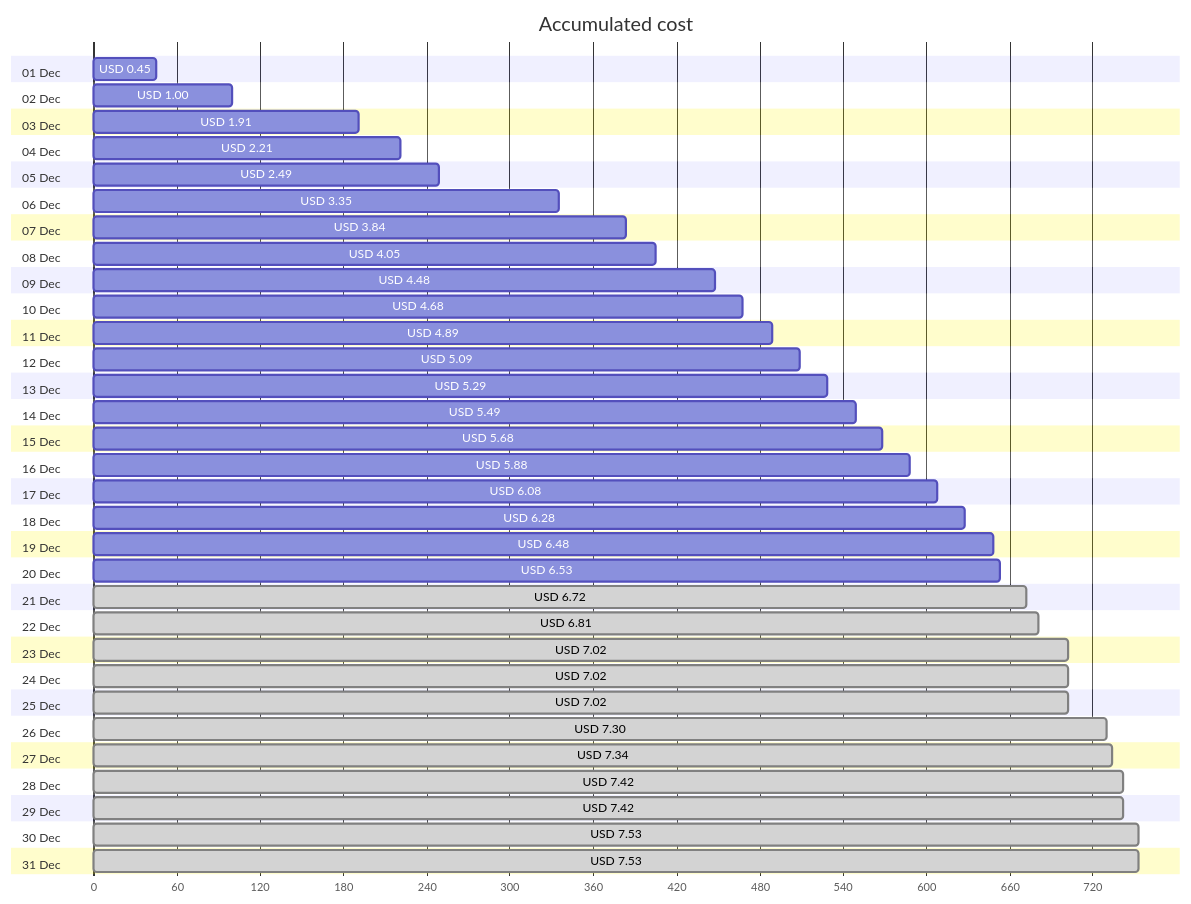
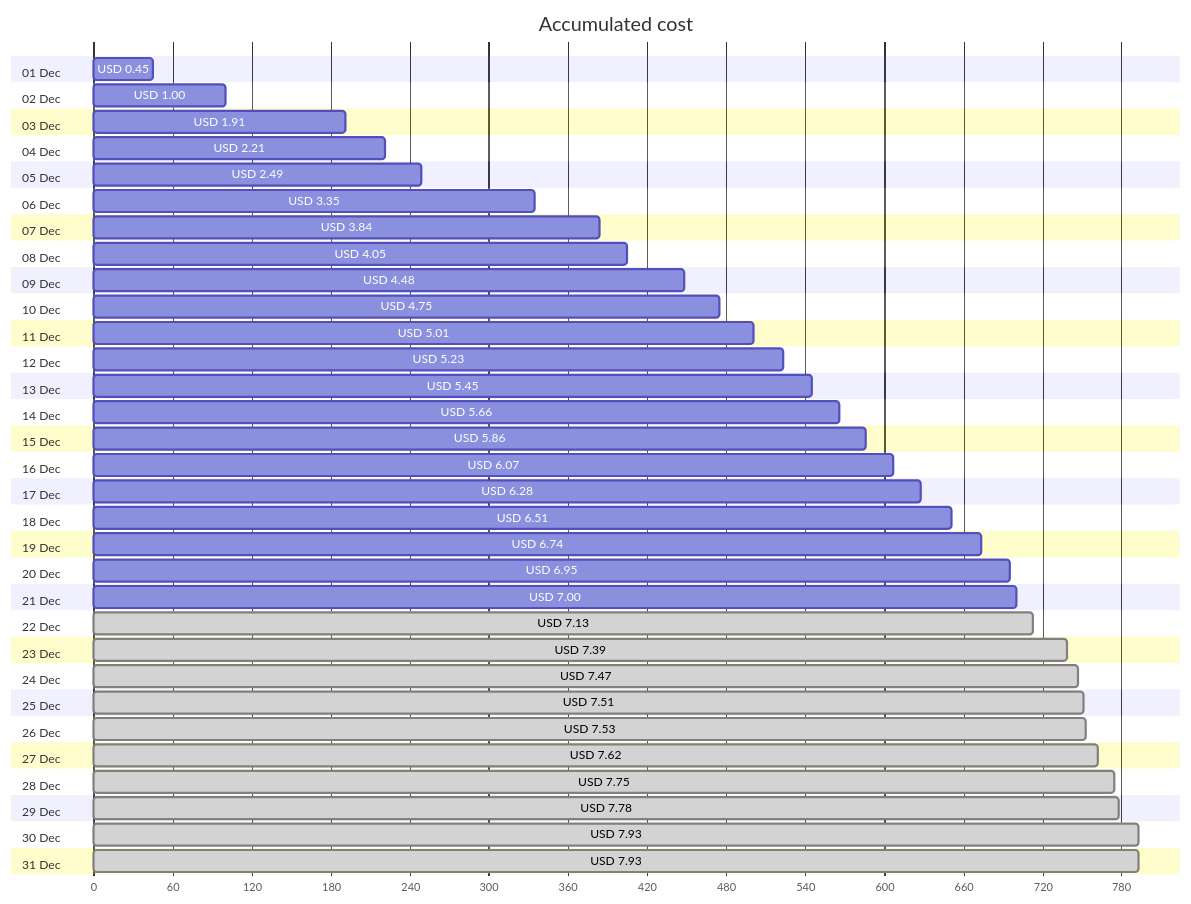
Before and after one commit to jpfulton/azure-personal-reports: the first of 4 diagrams in cost-reports/personal-network/vpn-server.md, drawn with Mermaid. The commit also changed other lines of this file and 8 other files, not shown here.

````diff
--- a/cost-reports/personal-network/vpn-server.md
+++ b/cost-reports/personal-network/vpn-server.md
@@ -20,68 +20,68 @@
 ```mermaid
 gantt
    title Accumulated cost
    dateFormat  X
    axisFormat %s
    section 01 Dec
    USD 0.45 :0, 45
    section 02 Dec
    USD 1.00 :0, 100
    section 03 Dec
    USD 1.91 :0, 191
    section 04 Dec
    USD 2.21 :0, 221
    section 05 Dec
    USD 2.49 :0, 249
    section 06 Dec
    USD 3.35 :0, 335
    section 07 Dec
    USD 3.84 :0, 384
    section 08 Dec
    USD 4.05 :0, 405
    section 09 Dec
    USD 4.48 :0, 448
    section 10 Dec
-   USD 4.68 :0, 468
+   USD 4.75 :0, 475
    section 11 Dec
-   USD 4.89 :0, 489
+   USD 5.01 :0, 501
    section 12 Dec
-   USD 5.09 :0, 509
+   USD 5.23 :0, 523
    section 13 Dec
-   USD 5.29 :0, 529
+   USD 5.45 :0, 545
    section 14 Dec
-   USD 5.49 :0, 549
+   USD 5.66 :0, 566
    section 15 Dec
-   USD 5.68 :0, 568
+   USD 5.86 :0, 586
    section 16 Dec
-   USD 5.88 :0, 588
+   USD 6.07 :0, 607
    section 17 Dec
-   USD 6.08 :0, 608
+   USD 6.28 :0, 628
    section 18 Dec
-   USD 6.28 :0, 628
+   USD 6.51 :0, 651
    section 19 Dec
-   USD 6.48 :0, 648
+   USD 6.74 :0, 674
    section 20 Dec
-   USD 6.53 :0, 653
+   USD 6.95 :0, 695
    section 21 Dec
-   USD 6.72 : done, 0, 672
+   USD 7.00 :0, 700
    section 22 Dec
-   USD 6.81 : done, 0, 681
+   USD 7.13 : done, 0, 713
    section 23 Dec
-   USD 7.02 : done, 0, 702
+   USD 7.39 : done, 0, 739
    section 24 Dec
-   USD 7.02 : done, 0, 702
+   USD 7.47 : done, 0, 747
    section 25 Dec
-   USD 7.02 : done, 0, 702
+   USD 7.51 : done, 0, 751
    section 26 Dec
-   USD 7.30 : done, 0, 730
+   USD 7.53 : done, 0, 753
    section 27 Dec
-   USD 7.34 : done, 0, 734
+   USD 7.62 : done, 0, 762
    section 28 Dec
-   USD 7.42 : done, 0, 742
+   USD 7.75 : done, 0, 775
    section 29 Dec
-   USD 7.42 : done, 0, 742
+   USD 7.78 : done, 0, 778
    section 30 Dec
-   USD 7.53 : done, 0, 753
+   USD 7.93 : done, 0, 793
    section 31 Dec
-   USD 7.53 : done, 0, 753
+   USD 7.93 : done, 0, 793
 ```
````
